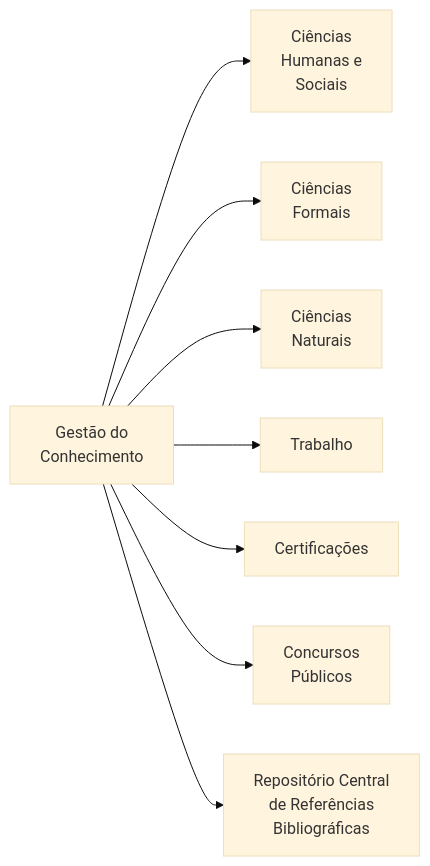
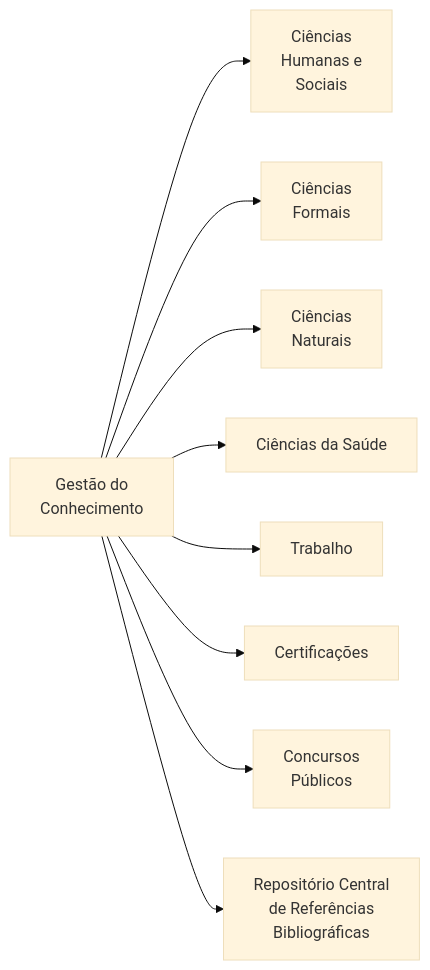
Before and after one commit to dnlclaudino/gestao-do-conhecimento: the third of 6 diagrams in README.md, drawn with Mermaid (base theme). The commit also changed other lines of this file, not shown here.

````diff
--- a/README.md
+++ b/README.md
@@ -102,10 +102,11 @@
 ```mermaid
 graph LR;
 A[Gestão do<br>Conhecimento ]-->CHS[Ciências<br>Humanas e<br>Sociais]
   A-->CF[Ciências<br>Formais];
   A-->CN[Ciências<br>Naturais];
+  A-->CS[Ciências da Saúde];
   A-->PRO[Trabalho];
   A-->CERT[Certificações];
   A-->CP[Concursos<br>Públicos];
   A-->RCRB[Repositório Central<br>de Referências<br>Bibliográficas]
 ```
````
